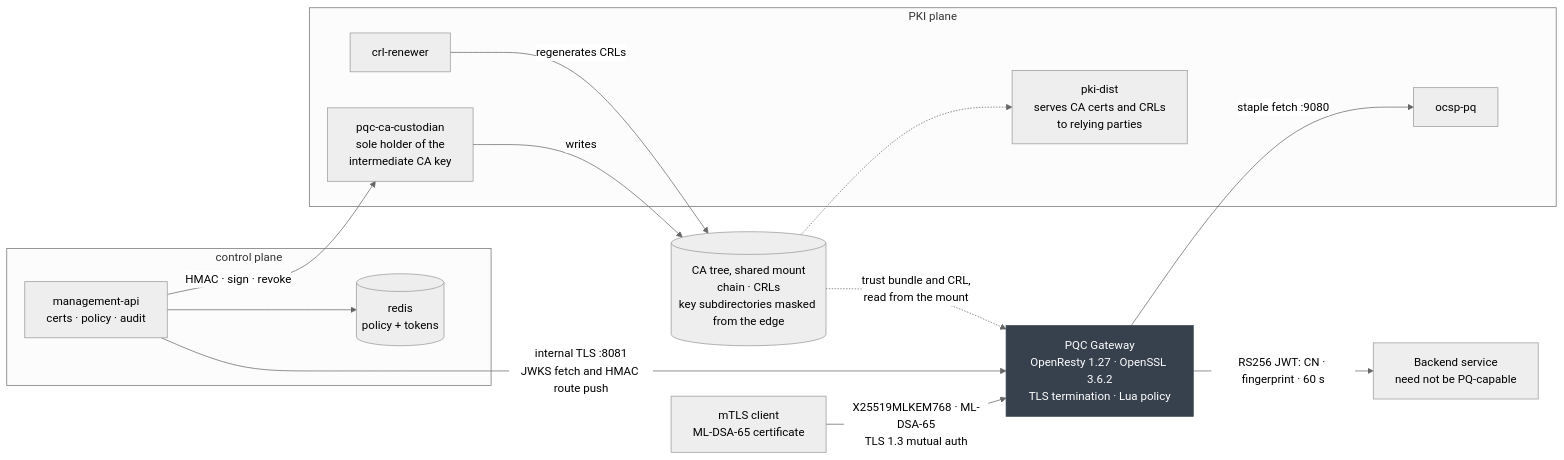
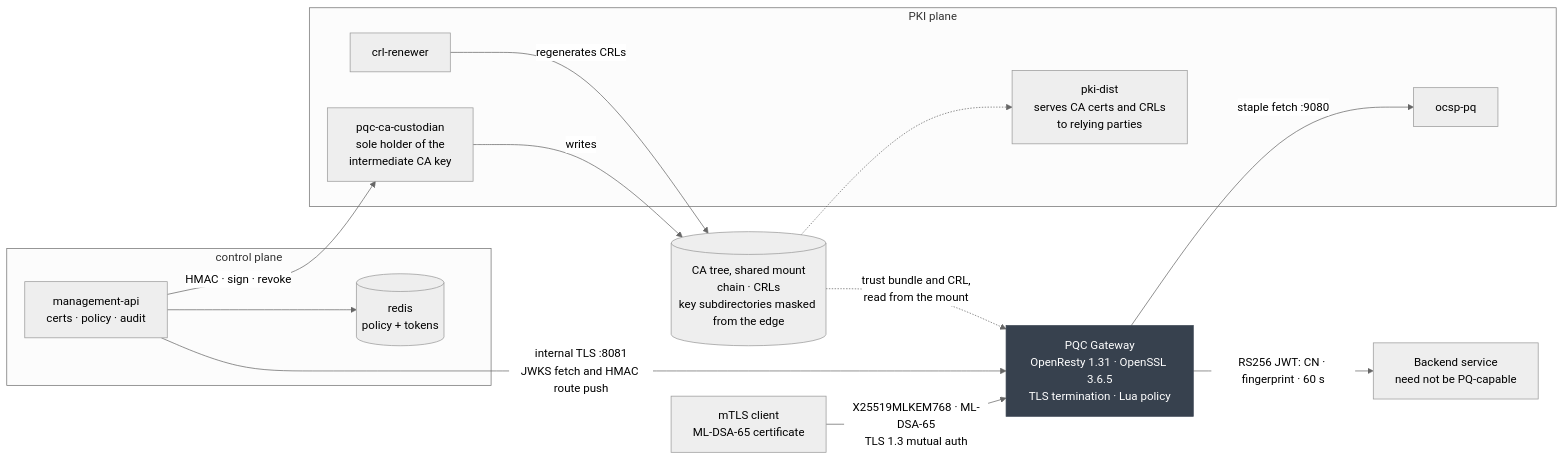
Before and after one commit to PQC-RA/pqc-mtls-gateway: the diagram in README.md, drawn with Mermaid (neutral theme). The commit also changed other lines of this file and 12 other files, not shown here.

````diff
--- a/README.md
+++ b/README.md
@@ -71,33 +71,33 @@
 ```mermaid
 flowchart LR
   C["mTLS client<br/>ML-DSA-65 certificate"]
-  GW["PQC Gateway<br/>OpenResty 1.27 · OpenSSL 3.6.2<br/>TLS termination · Lua policy"]
+  GW["PQC Gateway<br/>OpenResty 1.31 · OpenSSL 3.6.5<br/>TLS termination · Lua policy"]
   BE["Backend service<br/>need not be PQ-capable"]
 
   subgraph CP["control plane"]
     MA["management-api<br/>certs · policy · audit"]
     RD[("redis<br/>policy + tokens")]
   end
 
   subgraph PK["PKI plane"]
     CU["pqc-ca-custodian<br/>sole holder of the<br/>intermediate CA key"]
     OC["ocsp-pq"]
     CR["crl-renewer"]
     PD["pki-dist<br/>serves CA certs and CRLs<br/>to relying parties"]
   end
 
   TREE[("CA tree, shared mount<br/>chain · CRLs<br/>key subdirectories masked from the edge")]
 
   C -->|"X25519MLKEM768 · ML-DSA-65<br/>TLS 1.3 mutual auth"| GW
   GW -->|"RS256 JWT: CN · fingerprint · 60 s"| BE
   MA -->|"internal TLS :8081<br/>JWKS fetch and HMAC route push"| GW
   MA --> RD
   MA -->|"HMAC · sign · revoke"| CU
   GW -->|"staple fetch :9080"| OC
   CU -->|"writes"| TREE
   CR -->|"regenerates CRLs"| TREE
   TREE -.->|"trust bundle and CRL,<br/>read from the mount"| GW
   TREE -.-> PD
 
   style GW fill:#37414E,stroke:#37414E,color:#ffffff
 ```
````
